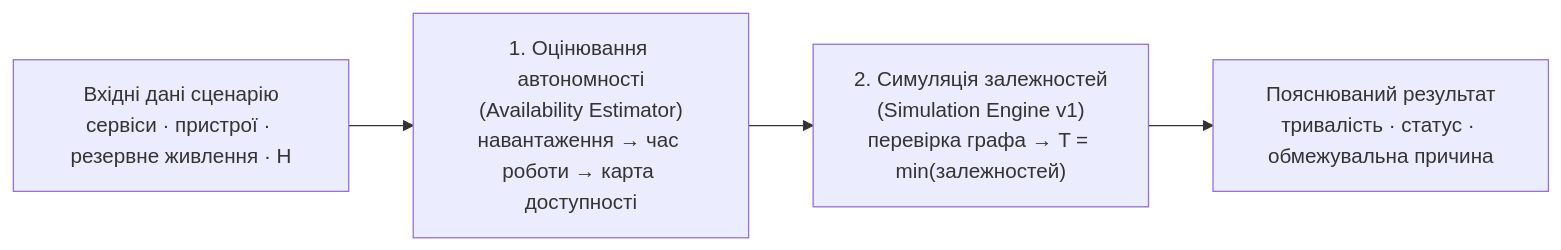
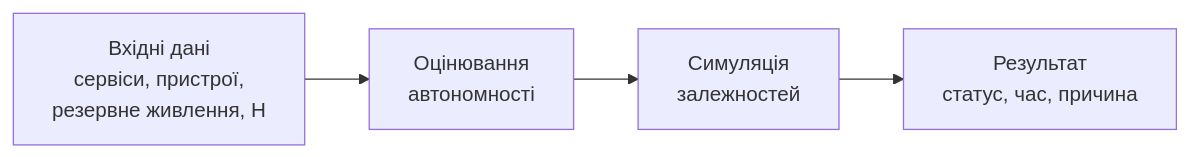
The diagram in docs/diagrams/service-availability-evaluation-diagram.md (Serhii-Palamarchuk/capstone-household-service-availability), drawn with Mermaid before and after one commit. The commit also changed other lines of this file, not shown here.

Commit message:
docs: simplify service availability diagram

````diff
--- a/docs/diagrams/service-availability-evaluation-diagram.md
+++ b/docs/diagrams/service-availability-evaluation-diagram.md
@@ -5,9 +5,9 @@
 ```mermaid
 flowchart LR
-    A["Вхідні дані сценарію<br/>сервіси · пристрої · резервне живлення · H"]
-    B["1. Оцінювання автономності<br/>(Availability Estimator)<br/>навантаження → час роботи → карта доступності"]
-    C["2. Симуляція залежностей<br/>(Simulation Engine v1)<br/>перевірка графа → T = min(залежностей)"]
-    D["Пояснюваний результат<br/>тривалість · статус · обмежувальна причина"]
+    A["Вхідні дані<br/>сервіси, пристрої,<br/>резервне живлення, H"]
+    B["Оцінювання<br/>автономності"]
+    C["Симуляція<br/>залежностей"]
+    D["Результат<br/>статус, час, причина"]
 
     A --> B --> C --> D
 ```
````
